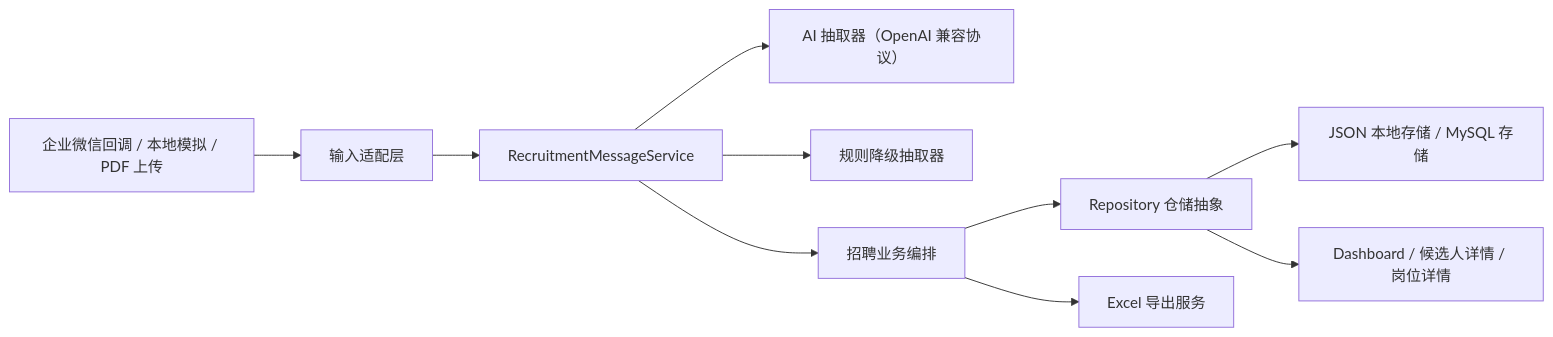
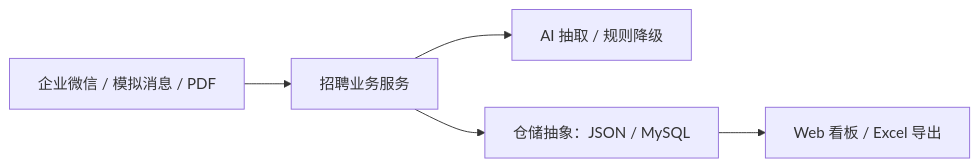
Before and after one commit to jackwentao/wecom-recruitment-ai-demo: the diagram in README.md, drawn with Mermaid. The commit also changed other lines of this file and 1 other file, not shown here.

````diff
--- a/README.md
+++ b/README.md
@@ -63,12 +26,7 @@
 ```mermaid
 flowchart LR
-  A["企业微信回调 / 本地模拟 / PDF 上传"] --> B["输入适配层"]
-  B --> C["RecruitmentMessageService"]
-  C --> D["AI 抽取器（OpenAI 兼容协议）"]
-  C --> E["规则降级抽取器"]
-  C --> F["招聘业务编排"]
-  F --> G["Repository 仓储抽象"]
-  G --> H["JSON 本地存储 / MySQL 存储"]
-  F --> I["Excel 导出服务"]
-  G --> J["Dashboard / 候选人详情 / 岗位详情"]
+  Input["企业微信 / 模拟消息 / PDF"] --> Service["招聘业务服务"]
+  Service --> Extract["AI 抽取 / 规则降级"]
+  Service --> Repo["仓储抽象：JSON / MySQL"]
+  Repo --> UI["Web 看板 / Excel 导出"]
 ```
````
